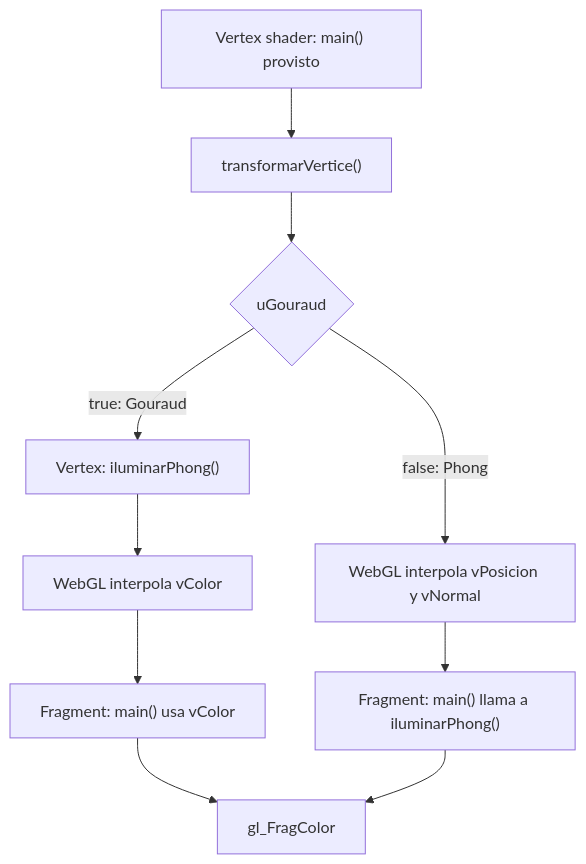
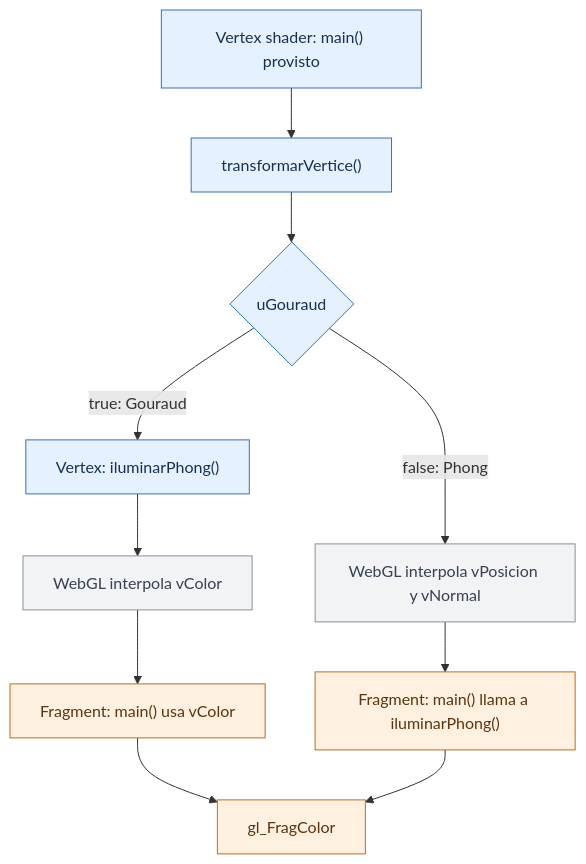
The diagram in tp10/README.md (LIA-DiTella/computacion-grafica-2c-2026), drawn with Mermaid before and after one commit. The commit also changed other lines of this file, not shown here.

Commit message:
readme updated

````diff
--- a/tp10/README.md
+++ b/tp10/README.md
@@ -126,12 +126,19 @@
 ```mermaid
 flowchart TD
     V["Vertex shader: main() provisto"] --> T["transformarVertice()"]
     T --> S{"uGouraud"}
     S -->|true: Gouraud| G["Vertex: iluminarPhong()"]
     G --> IC["WebGL interpola vColor"]
     IC --> FG["Fragment: main() usa vColor"]
     S -->|false: Phong| IN["WebGL interpola vPosicion y vNormal"]
     IN --> FP["Fragment: main() llama a iluminarPhong()"]
     FG --> C["gl_FragColor"]
     FP --> C
+
+    classDef vertex fill:#e6f1ff,stroke:#3973ac,color:#17324d;
+    classDef fragment fill:#fff0df,stroke:#b96d22,color:#5b350f;
+    classDef webgl fill:#f1f3f5,stroke:#87939e,color:#374151;
+    class V,T,S,G vertex;
+    class FG,FP,C fragment;
+    class IC,IN webgl;
 ```
````
